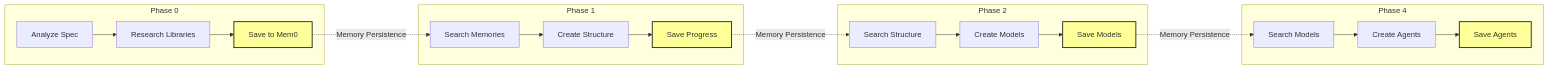
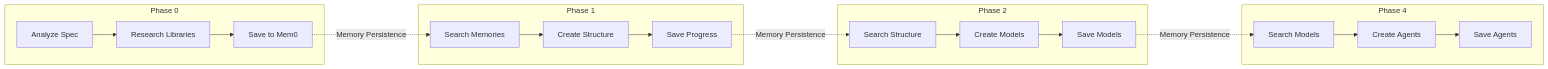
The fourth of 6 diagrams in README.md (krzemienski/enhanced-claude-code), drawn with Mermaid before and after one commit. The commit also changed other lines of this file, not shown here.

First line of the commit message:
fix: Simplify all Mermaid diagrams for GitHub compatibility

````diff
--- a/README.md
+++ b/README.md
@@ -242,31 +234,26 @@
 ```mermaid
-graph LR
+flowchart LR
     subgraph P0[Phase 0]
         A0[Analyze Spec] --> B0[Research Libraries]
         B0 --> C0[Save to Mem0]
     end
     
     subgraph P1[Phase 1]
         D1[Search Memories] --> E1[Create Structure]
         E1 --> F1[Save Progress]
     end
     
     subgraph P2[Phase 2]
         G2[Search Structure] --> H2[Create Models]
         H2 --> I2[Save Models]
     end
     
     subgraph P4[Phase 4]
         J4[Search Models] --> K4[Create Agents]
         K4 --> L4[Save Agents]
     end
     
     C0 -.->|Memory Persistence| D1
     F1 -.->|Memory Persistence| G2
     I2 -.->|Memory Persistence| J4
-    
-    style C0 fill:#ff9,stroke:#333,stroke-width:2px
-    style F1 fill:#ff9,stroke:#333,stroke-width:2px
-    style I2 fill:#ff9,stroke:#333,stroke-width:2px
-    style L4 fill:#ff9,stroke:#333,stroke-width:2px
 ```
````
